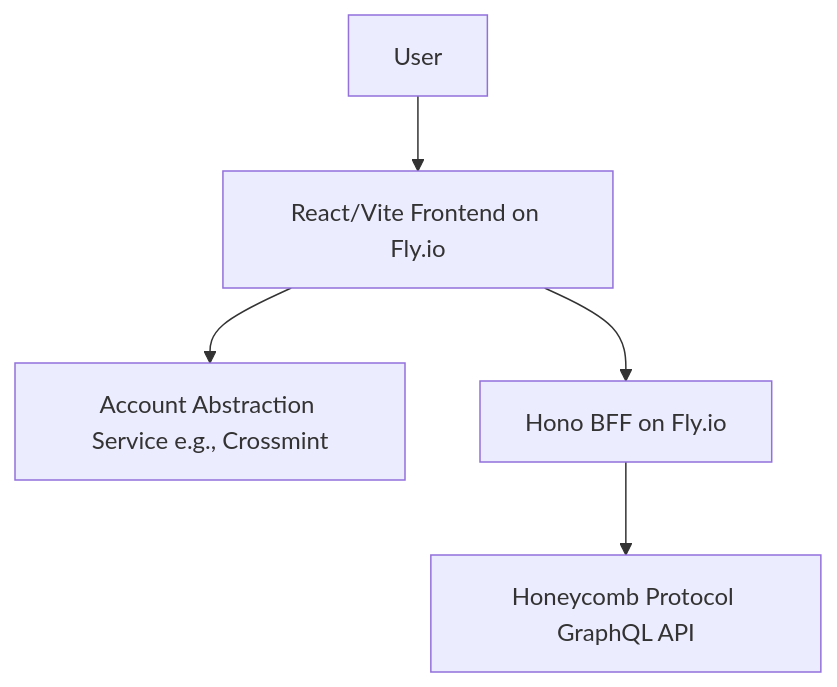
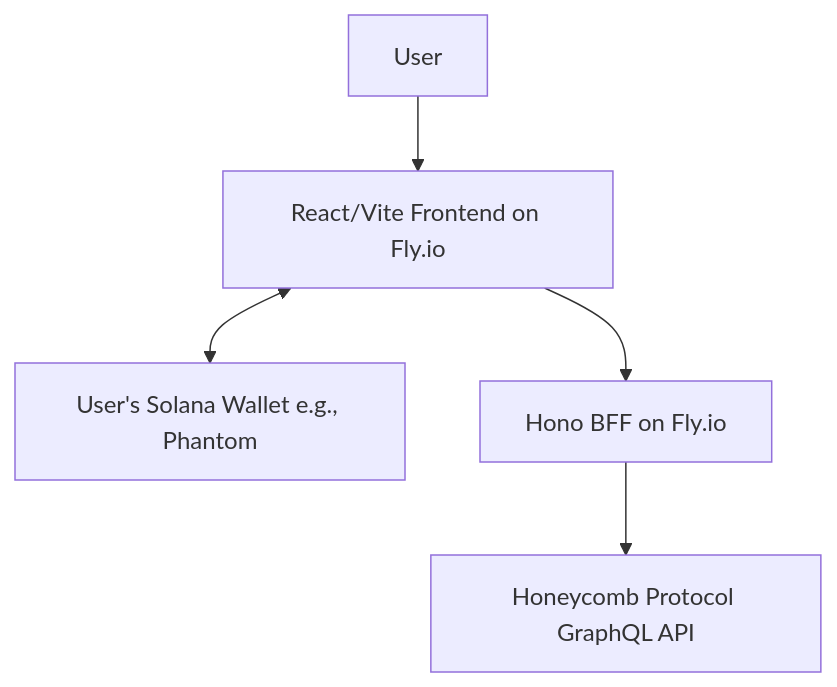
The diagram in docs/architecture/high-level-architecture.md (balojey/honeycomb-dashboard), drawn with Mermaid before and after one commit. The commit also changed other lines of this file and 9 other files, not shown here.

`````diff
--- a/docs/architecture/high-level-architecture.md
+++ b/docs/architecture/high-level-architecture.md
@@ -21,7 +21,7 @@
 ```mermaid
 graph TD
     User --> Browser[React/Vite Frontend on Fly.io];
-    Browser --> AAService[Account Abstraction Service e.g., Crossmint];
+    Browser <--> Wallet[User's Solana Wallet e.g., Phantom];
     Browser --> BFF[Hono BFF on Fly.io];
     BFF --> HPL_API[Honeycomb Protocol GraphQL API];
-````
+```
`````
